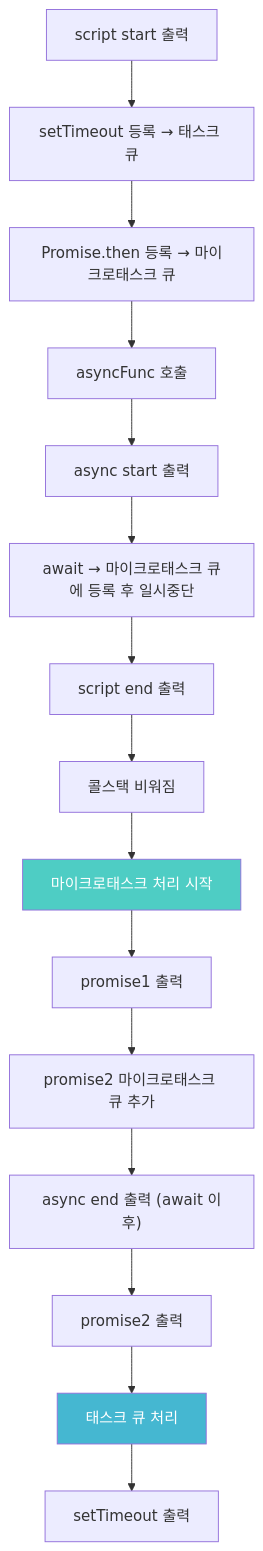
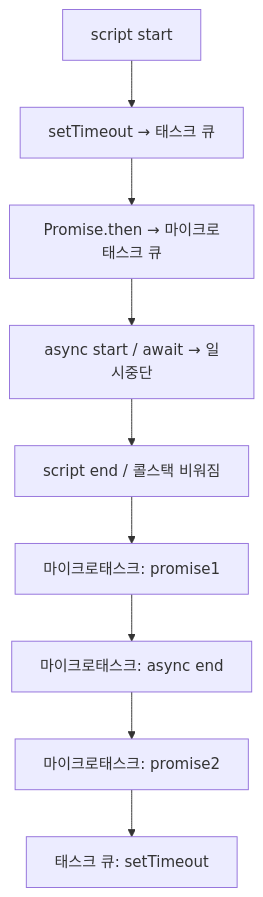
The tenth of 13 diagrams in _posts/frontend/2026-05-02-js-event-loop.md (yjkim2015/yjkim2015.github.io), drawn with Mermaid before and after one commit. The commit also changed other lines of this file and 215 other files, not shown here.

First line of the commit message:
신규 포스트 10개 추가 + Mermaid 전면 축소 + SystemDesign 시리즈 보강

````diff
--- a/_posts/frontend/2026-05-02-js-event-loop.md
+++ b/_posts/frontend/2026-05-02-js-event-loop.md
@@ -422,20 +340,11 @@
 ```mermaid
 flowchart TD
-    A["script start 출력"] --> B["setTimeout 등록 → 태스크 큐"]
-    B --> C["Promise.then 등록 → 마이크로태스크 큐"]
-    C --> D["asyncFunc 호출"]
-    D --> E["async start 출력"]
-    E --> F["await → 마이크로태스크 큐에 등록 후 일시중단"]
-    F --> G["script end 출력"]
-    G --> H["콜스택 비워짐"]
-    H --> I["마이크로태스크 처리 시작"]
-    I --> J["promise1 출력"]
-    J --> K["promise2 마이크로태스크 큐 추가"]
-    K --> L["async end 출력 (await 이후)"]
-    L --> M["promise2 출력"]
-    M --> N["태스크 큐 처리"]
-    N --> O["setTimeout 출력"]
-
-    style I fill:#4ecdc4,color:#fff
-    style N fill:#45b7d1,color:#fff
+    A["script start"] --> B["setTimeout → 태스크 큐"]
+    B --> C["Promise.then → 마이크로태스크 큐"]
+    C --> D["async start / await → 일시중단"]
+    D --> E["script end / 콜스택 비워짐"]
+    E --> F["마이크로태스크: promise1"]
+    F --> G["마이크로태스크: async end"]
+    G --> H["마이크로태스크: promise2"]
+    H --> I["태스크 큐: setTimeout"]
 ```
````
